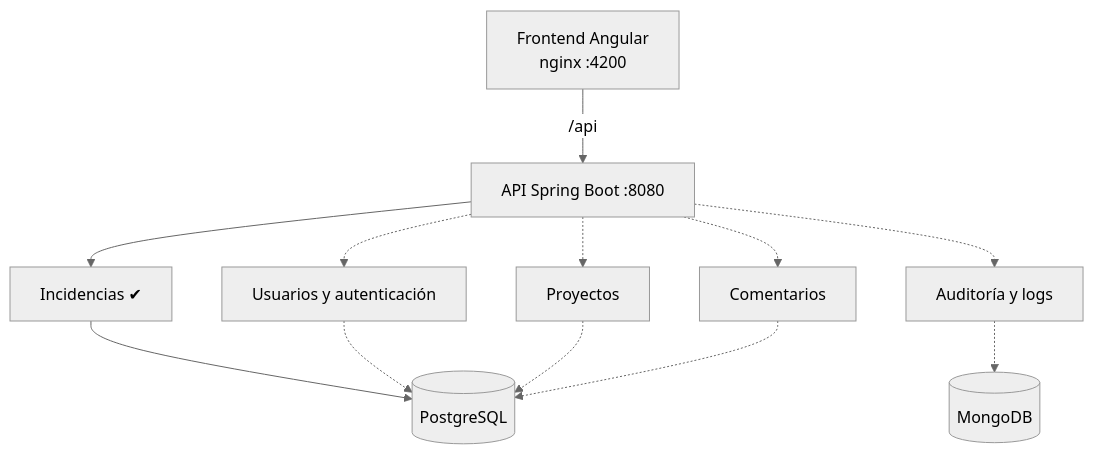
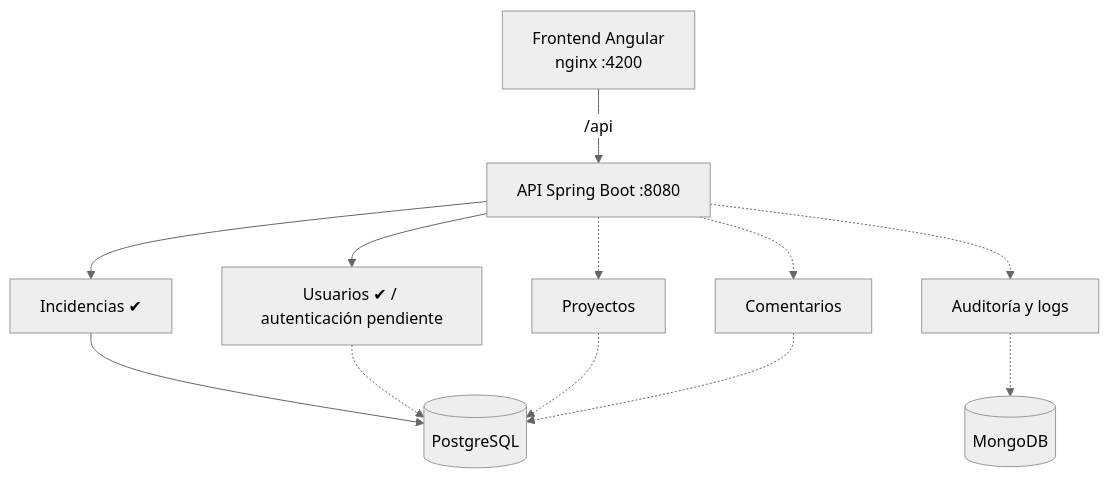
One commit to poravv/mini-jira changed the diagram in docs/ARCHITECTURE.md. Above: the diagram before and after it, drawn with Mermaid (neutral theme). The commit also changed other lines of this file and 45 other files, not shown here.

````diff
--- a/docs/ARCHITECTURE.md
+++ b/docs/ARCHITECTURE.md
@@ -7,14 +7,14 @@
 ```mermaid
 flowchart TD
     FE[Frontend Angular<br/>nginx :4200] -->|/api| API[API Spring Boot :8080]
     API --> INC[Incidencias ✔]
-    API -.-> US[Usuarios y autenticación]
+    API --> US[Usuarios ✔ / autenticación pendiente]
     API -.-> PR[Proyectos]
     API -.-> CO[Comentarios]
     API -.-> AU[Auditoría y logs]
     INC --> PG[(PostgreSQL)]
     US -.-> PG
     PR -.-> PG
     CO -.-> PG
     AU -.-> MG[(MongoDB)]
 ```
````
